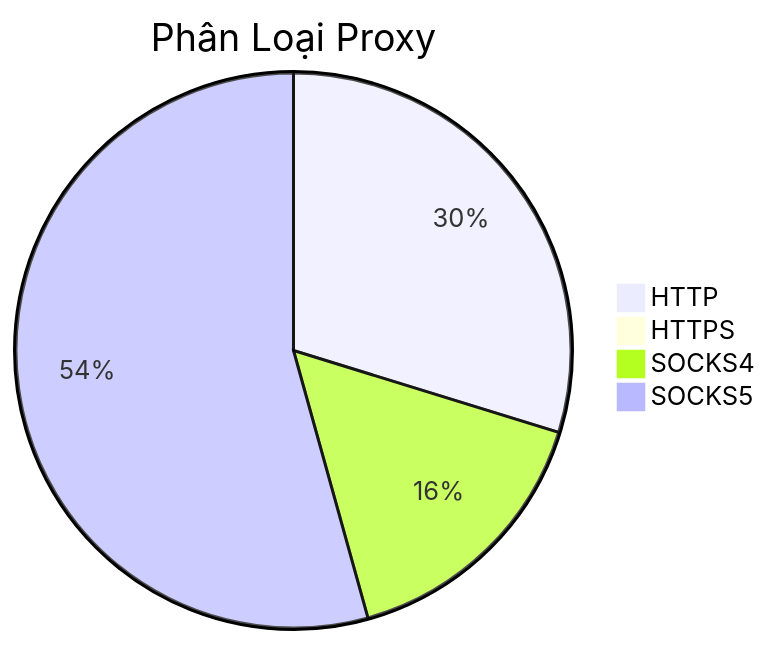
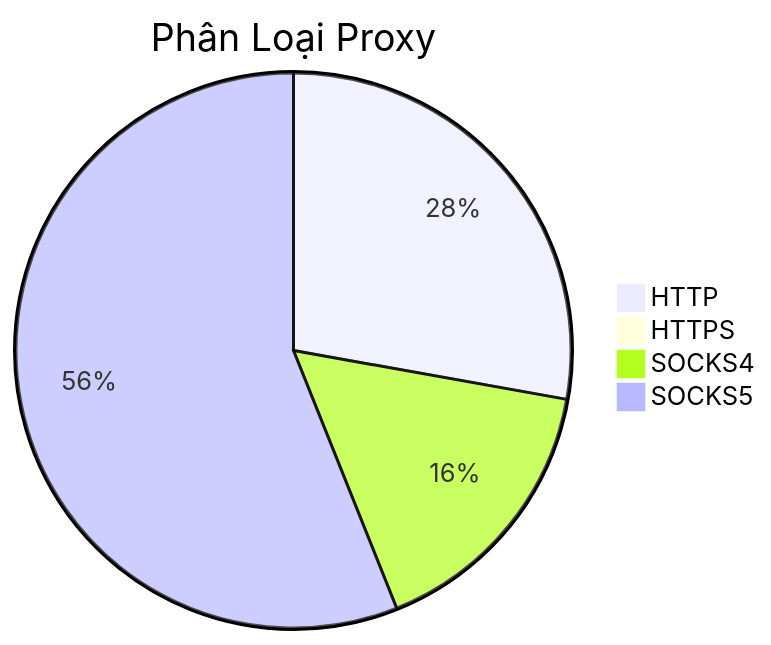
The diagram in README.md (Ciara-12/PROXY-free), drawn with Mermaid before and after one commit. The commit also changed other lines of this file and 3 other files, not shown here.

````diff
--- a/README.md
+++ b/README.md
@@ -26,7 +26,7 @@
 ```mermaid
 pie title Phân Loại Proxy
-    "HTTP" : 737
+    "HTTP" : 654
     "HTTPS" : 1
-    "SOCKS4" : 394
-    "SOCKS5" : 1345
+    "SOCKS4" : 379
+    "SOCKS5" : 1318
 ```
````
